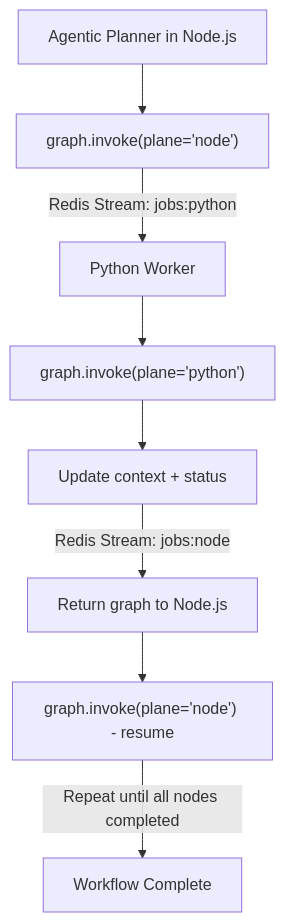
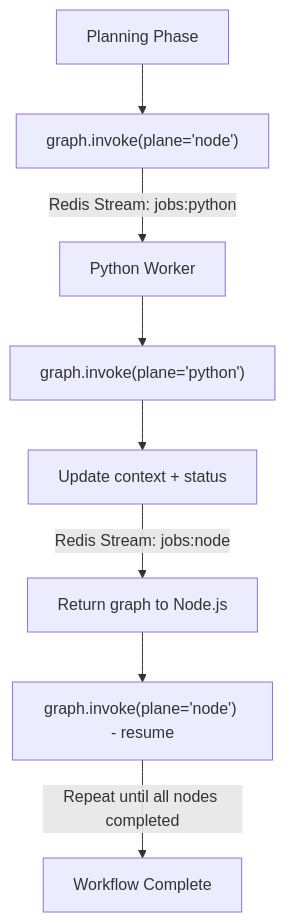
The diagram in docs/phase2/dual_orchestration.md (ktzevani/myspinbot), drawn with Mermaid before and after one commit. The commit also changed other lines of this file, not shown here.

````diff
--- a/docs/phase2/dual_orchestration.md
+++ b/docs/phase2/dual_orchestration.md
@@ -112,10 +107,10 @@
 ```mermaid
 graph TD
-    A[Agentic Planner in Node.js] --> B["graph.invoke(plane='node')"]
+    A[Planning Phase] --> B["graph.invoke(plane='node')"]
     B -->|Redis Stream: jobs:python| C[Python Worker]
     C --> D["graph.invoke(plane='python')"]
     D --> E[Update context + status]
     E -->|Redis Stream: jobs:node| F[Return graph to Node.js]
     F --> G["graph.invoke(plane='node') - resume"]
     G -->|Repeat until all nodes completed| H[Workflow Complete]
 ```
````
